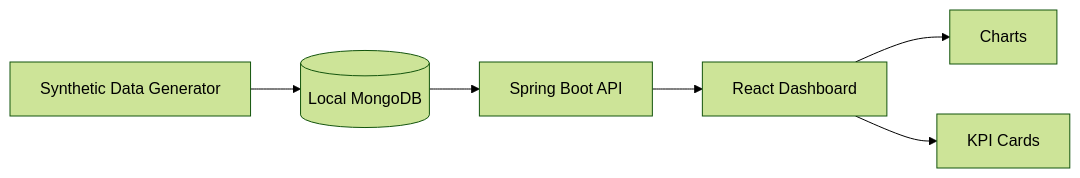
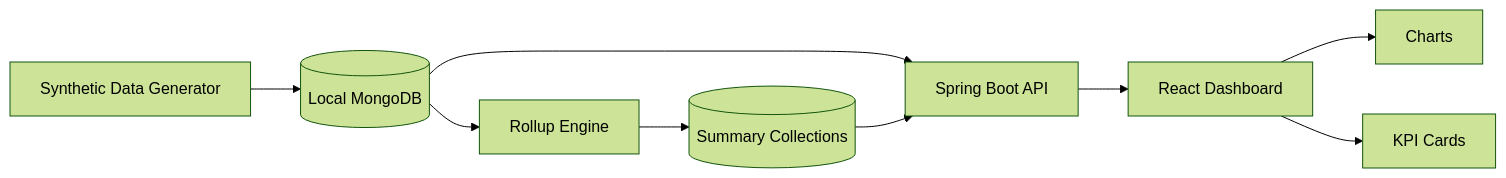
One commit to junhyuk-99/cnc-mct-analytics-dashboard changed the diagram in docs/ARCHITECTURE.md. Above: the diagram before and after it, drawn with Mermaid (forest theme). The commit also changed other lines of this file and 30 other files, not shown here.

````diff
--- a/docs/ARCHITECTURE.md
+++ b/docs/ARCHITECTURE.md
@@ -7,8 +7,11 @@
 ```mermaid
 flowchart LR
     A[Synthetic Data Generator] --> B[(Local MongoDB)]
+    B --> R[Rollup Engine]
+    R --> S[(Summary Collections)]
     B --> C[Spring Boot API]
+    S --> C
     C --> D[React Dashboard]
     D --> E[Charts]
     D --> F[KPI Cards]
 ```
````
